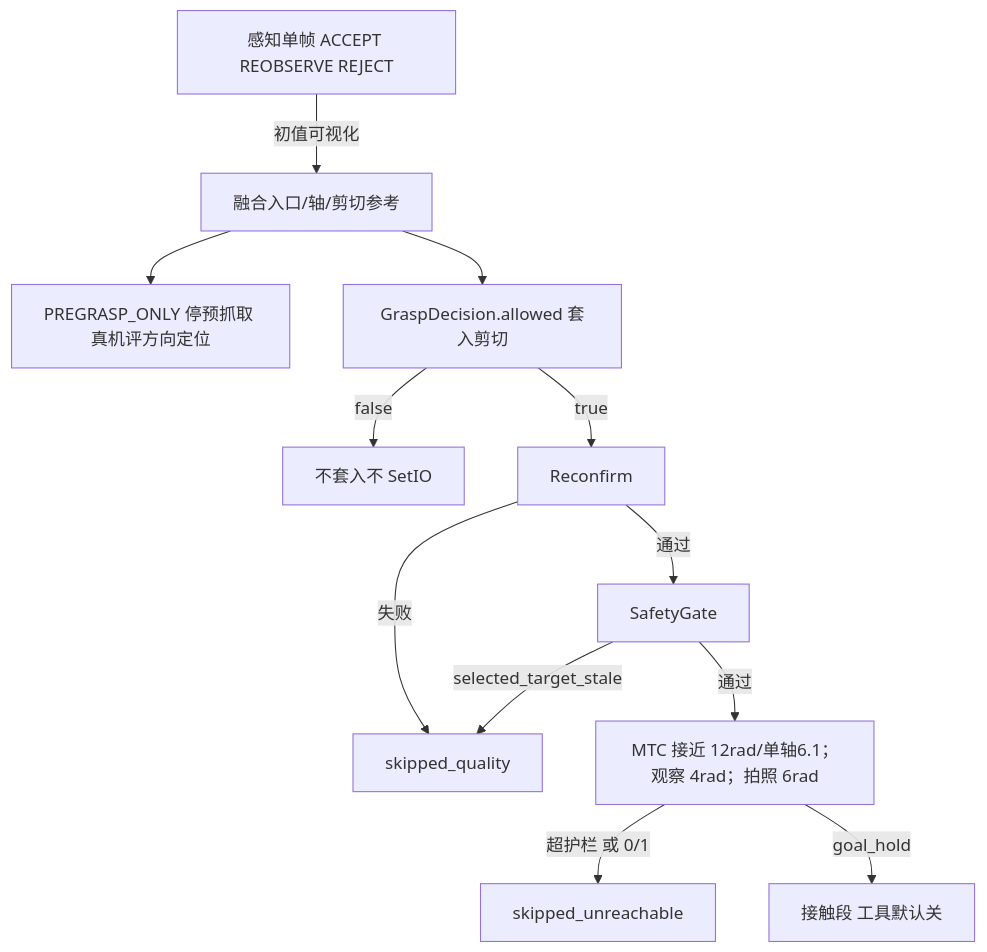
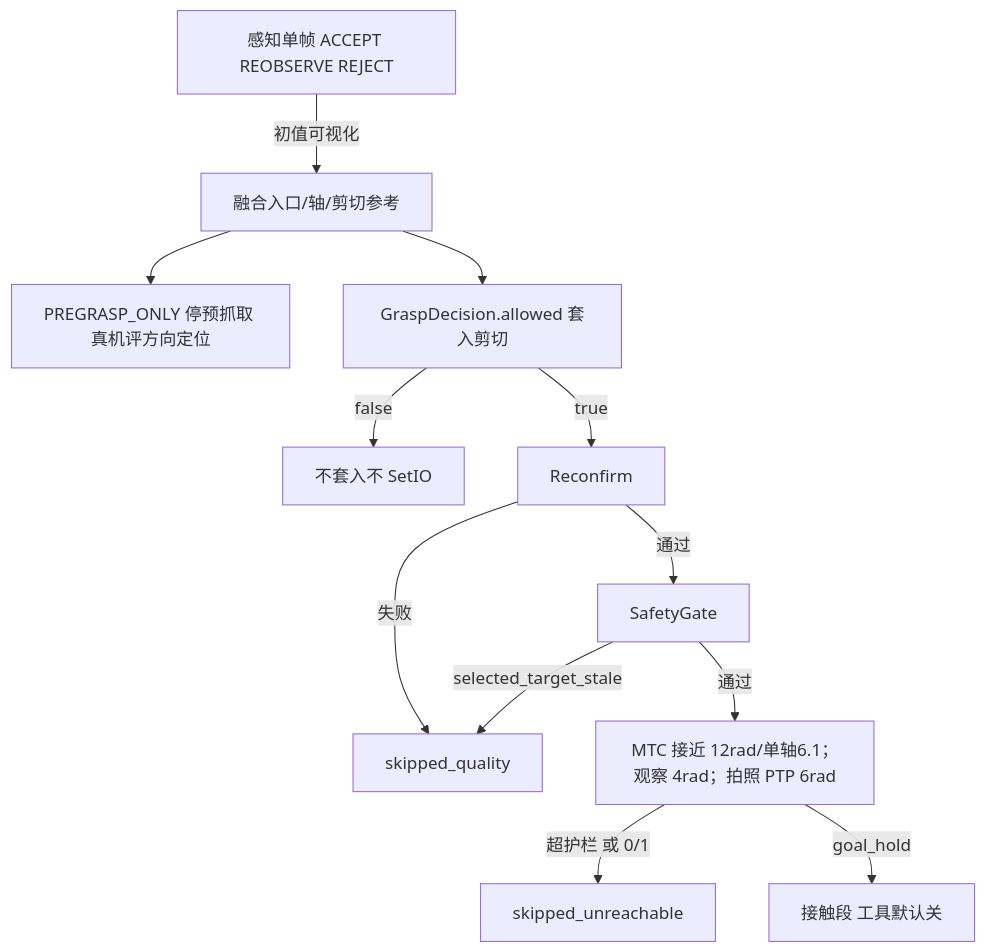
One commit to MUHAN11-c/aubo_boot changed diagram 14 of 15 in docs/architecture.md. Above: the diagram before and after it, drawn with Mermaid. The commit also changed other lines of this file and 123 other files, not shown here.

````diff
--- a/docs/architecture.md
+++ b/docs/architecture.md
@@ -866,20 +866,20 @@
 ```mermaid
 flowchart TB
   p3["感知单帧 ACCEPT REOBSERVE REJECT"]
   geom["融合入口/轴/剪切参考"]
   gd["GraspDecision.allowed 套入剪切"]
   rc["Reconfirm"]
   sg["SafetyGate"]
-  mtc["MTC 接近 12rad/单轴6.1；观察 4rad；拍照 6rad"]
+  mtc["MTC 接近 12rad/单轴6.1；观察 4rad；拍照 PTP 6rad"]
   p3 -->|"初值可视化"| geom
   geom --> pre["PREGRASP_ONLY 停预抓取 真机评方向定位"]
   geom --> gd
   gd -->|false| skip0["不套入不 SetIO"]
   gd -->|true| rc
   rc -->|失败| skipQ["skipped_quality"]
   rc -->|通过| sg
   sg -->|selected_target_stale| skipQ
   sg -->|通过| mtc
   mtc -->|超护栏 或 0/1| skipU["skipped_unreachable"]
   mtc -->|goal_hold| contact["接触段 工具默认关"]
 ```
````
